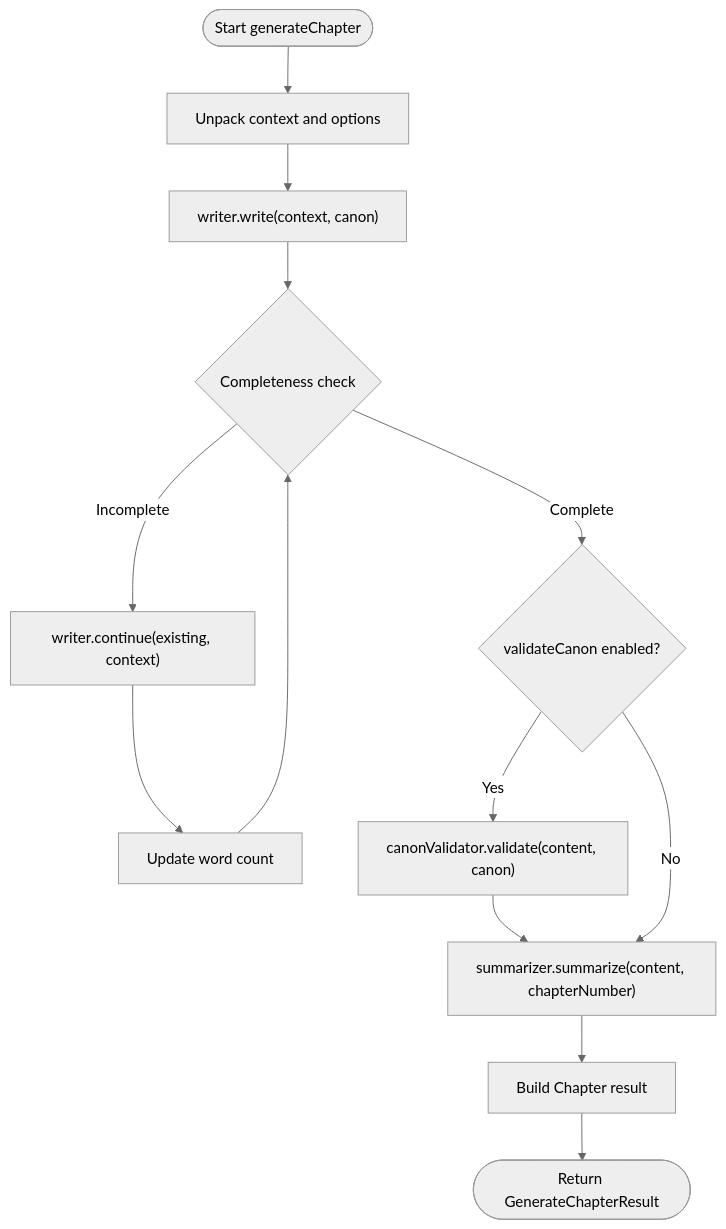
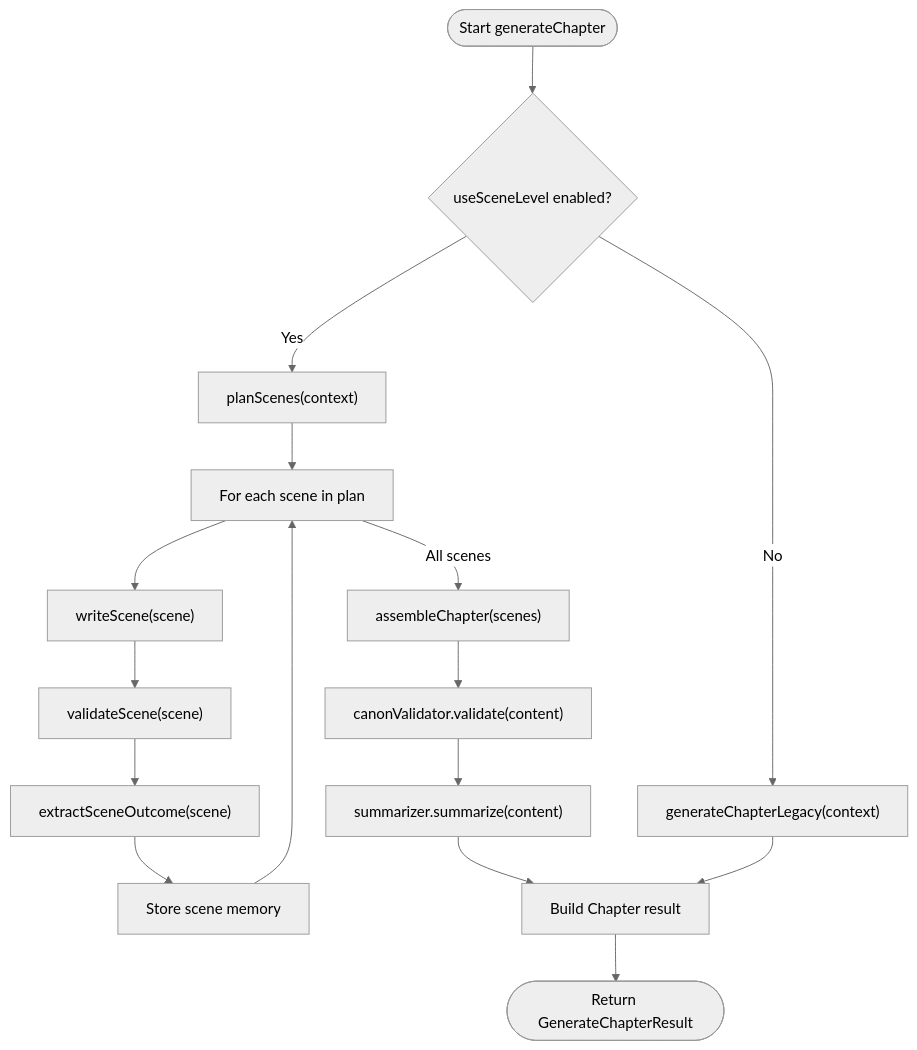
One commit to liwonder/NARRITIVE_OS changed the third of 4 diagrams in .qoder/repowiki/en/content/Engine Architecture/Generation Pipeline.md. Above: the diagram before and after it, drawn with Mermaid (neutral theme). The commit also changed other lines of this file and 7 other files, not shown here.

````diff
--- a/.qoder/repowiki/en/content/Engine Architecture/Generation Pipeline.md
+++ b/.qoder/repowiki/en/content/Engine Architecture/Generation Pipeline.md
@@ -176,15 +234,18 @@
 ```mermaid
 flowchart TD
-Start(["Start generateChapter"]) --> Unpack["Unpack context and options"]
-Unpack --> Write["writer.write(context, canon)"]
-Write --> LoopCheck{"Completeness check"}
-LoopCheck --> |Incomplete| Continue["writer.continue(existing, context)"]
-Continue --> UpdateWC["Update word count"]
-UpdateWC --> LoopCheck
-LoopCheck --> |Complete| CanonCheck{"validateCanon enabled?"}
-CanonCheck --> |Yes| Validate["canonValidator.validate(content, canon)"]
-Validate --> Summarize["summarizer.summarize(content, chapterNumber)"]
-CanonCheck --> |No| Summarize
+Start(["Start generateChapter"]) --> CheckMode{"useSceneLevel enabled?"}
+CheckMode --> |Yes| ScenePlan["planScenes(context)"]
+ScenePlan --> SceneLoop["For each scene in plan"]
+SceneLoop --> WriteScene["writeScene(scene)"]
+WriteScene --> ValidateScene["validateScene(scene)"]
+ValidateScene --> ExtractOutcome["extractSceneOutcome(scene)"]
+ExtractOutcome --> StoreMemory["Store scene memory"]
+StoreMemory --> SceneLoop
+SceneLoop --> |All scenes| Assemble["assembleChapter(scenes)"]
+Assemble --> CanonValidate["canonValidator.validate(content)"]
+CanonValidate --> Summarize["summarizer.summarize(content)"]
 Summarize --> Build["Build Chapter result"]
+CheckMode --> |No| Legacy["generateChapterLegacy(context)"]
+Legacy --> Build
 Build --> End(["Return GenerateChapterResult"])
 ```
````
